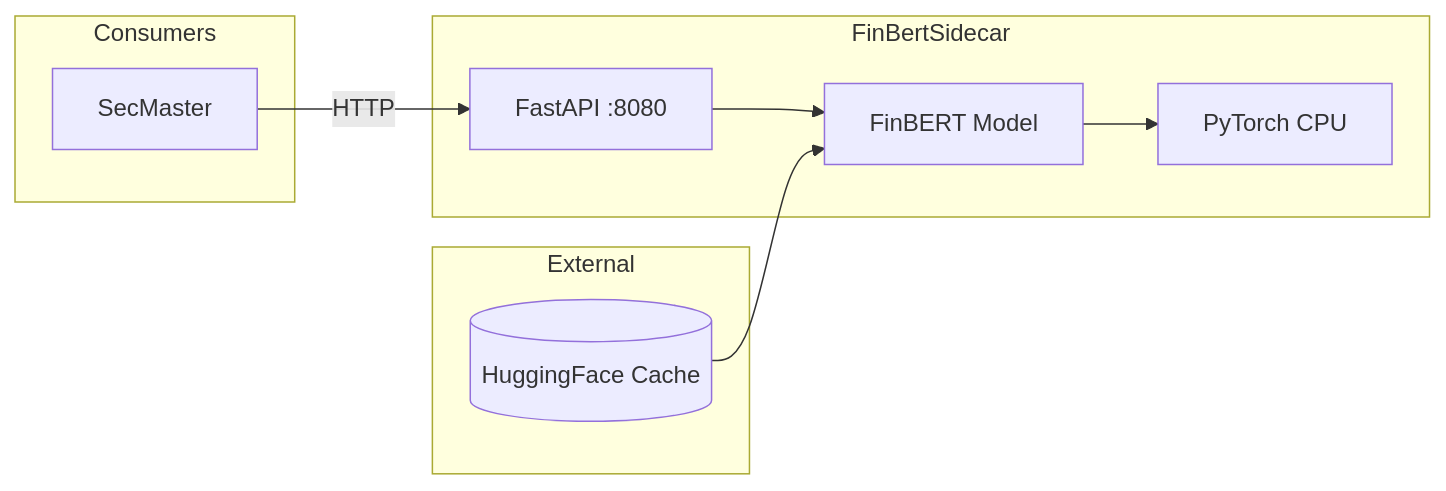
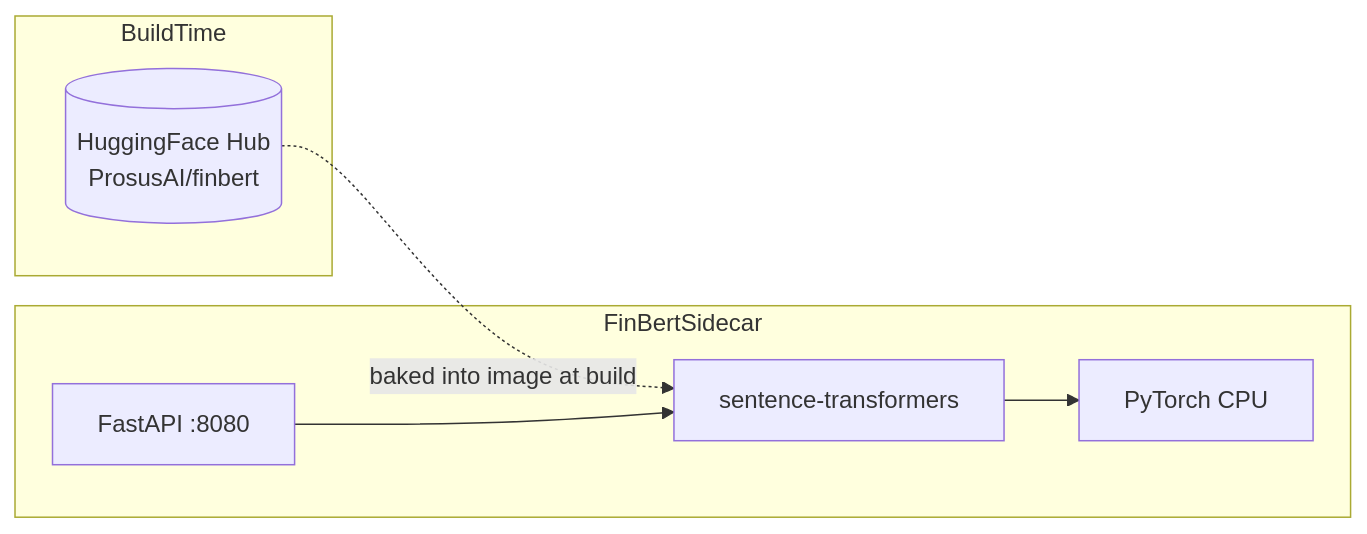
The diagram in FinBertSidecar/README.md (jpansarasa/ATLAS-Docs), drawn with Mermaid before and after one commit. The commit also changed other lines of this file, not shown here.

````diff
--- a/FinBertSidecar/README.md
+++ b/FinBertSidecar/README.md
@@ -11,20 +11,15 @@
 ```mermaid
 flowchart LR
-    subgraph Consumers
-        SM[SecMaster]
-    end
-
     subgraph FinBertSidecar
         API[FastAPI :8080]
-        MODEL[FinBERT Model]
+        ST[sentence-transformers]
         TORCH[PyTorch CPU]
     end
 
-    subgraph External
-        HF[(HuggingFace Cache)]
+    subgraph BuildTime
+        HF[(HuggingFace Hub<br/>ProsusAI/finbert)]
     end
 
-    SM -->|HTTP| API
-    API --> MODEL --> TORCH
-    HF --> MODEL
+    HF -.->|baked into image at build| ST
+    API --> ST --> TORCH
 ```
````
